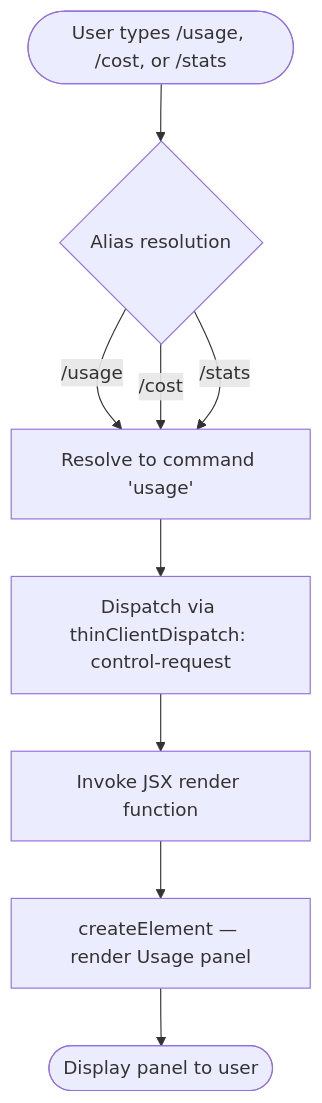
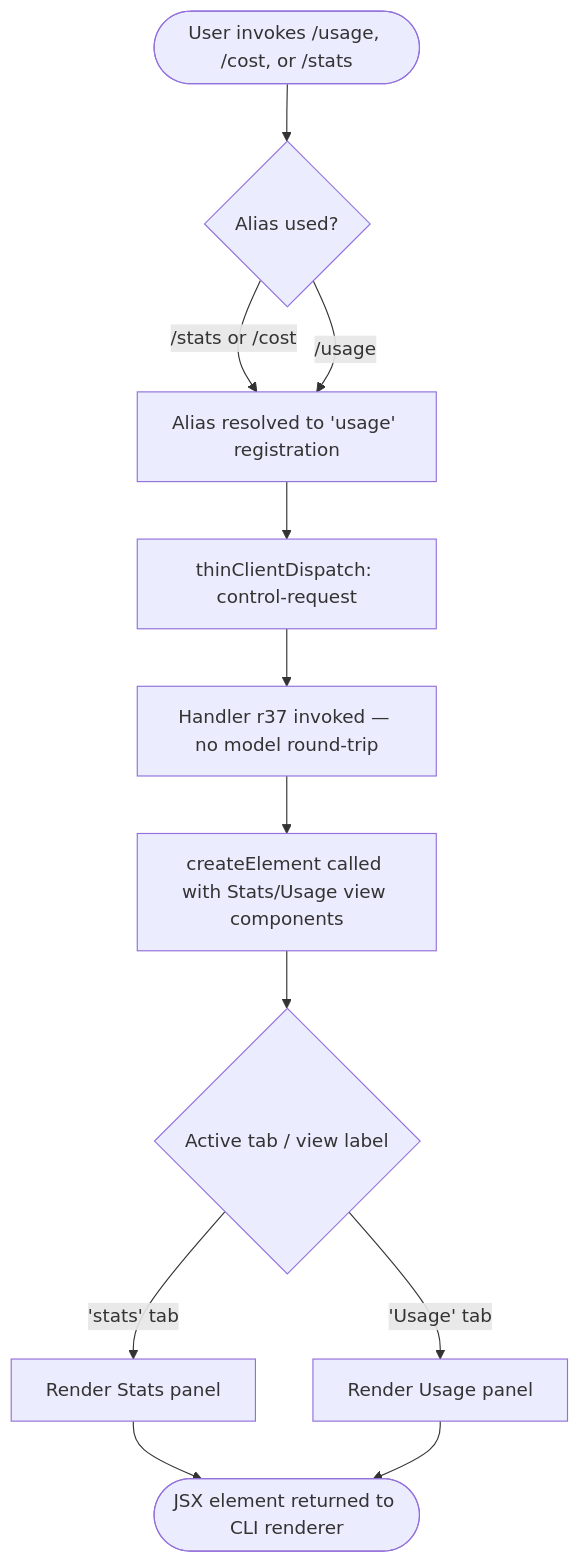
Before and after one commit to MyLittleLuckyDog/cc-gnothi: the diagram in versions/v2.1.133/usage.md, drawn with Mermaid. The commit also changed other lines of this file and 95 other files, not shown here.

````diff
--- a/versions/v2.1.133/usage.md
+++ b/versions/v2.1.133/usage.md
@@ -47,11 +57,13 @@
 ```mermaid
 flowchart TD
-    A([User types /usage, /cost, or /stats]) --> B{Alias resolution}
-    B -->|"/usage"| C[Resolve to command 'usage']
-    B -->|"/cost"| C
-    B -->|"/stats"| C
-    C --> D[Dispatch via thinClientDispatch: control-request]
-    D --> E[Invoke JSX render function]
-    E --> F[createElement — render Usage panel]
-    F --> G([Display panel to user])
+    A([User invokes /usage, /cost, or /stats]) --> B{Alias used?}
+    B -- "/stats or /cost" --> C[Alias resolved to 'usage' registration]
+    B -- "/usage" --> C
+    C --> D[thinClientDispatch: control-request]
+    D --> E[Handler r37 invoked — no model round-trip]
+    E --> F[createElement called with Stats/Usage view components]
+    F --> G{Active tab / view label}
+    G -- "'stats' tab" --> H[Render Stats panel]
+    G -- "'Usage' tab" --> I[Render Usage panel]
+    H & I --> J([JSX element returned to CLI renderer])
 ```
````
